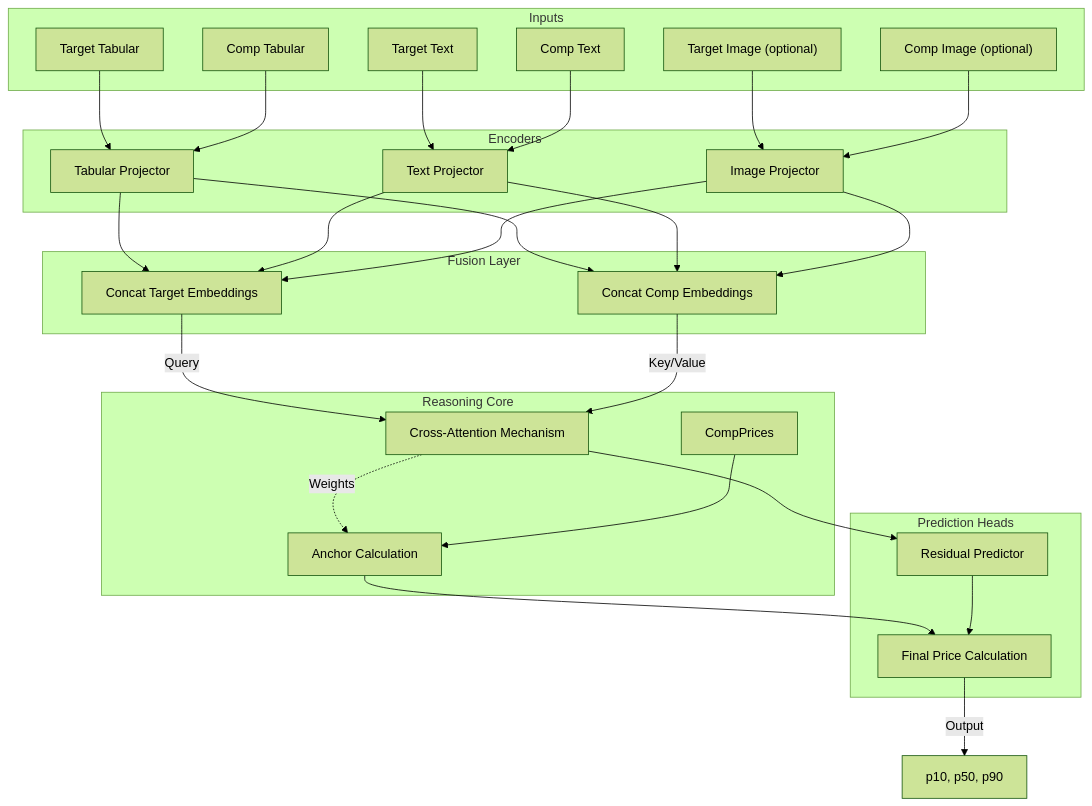
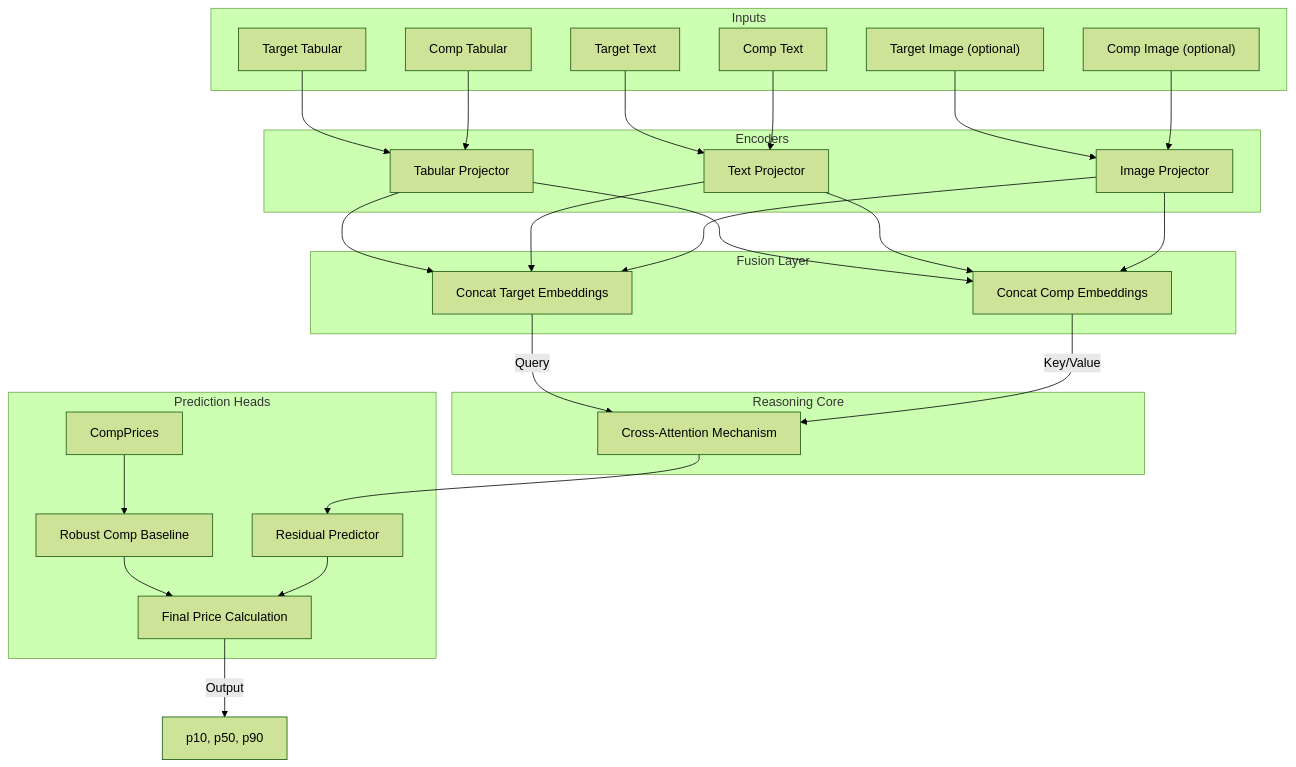
Before and after one commit to Nirtzur0/PropertyScanner: the diagram in docs/03_model_architecture.md, drawn with Mermaid (forest theme). The commit also changed other lines of this file and 12 other files, not shown here.

````diff
--- a/docs/03_model_architecture.md
+++ b/docs/03_model_architecture.md
@@ -7,53 +7,51 @@
 ```mermaid
 graph TD
     subgraph "Inputs"
         T_Tab["Target Tabular"]
         T_Txt["Target Text"]
         T_Img["Target Image (optional)"]
         C_Tab["Comp Tabular"]
         C_Txt["Comp Text"]
         C_Img["Comp Image (optional)"]
     end
 
     subgraph "Encoders"
         MLP1["Tabular Projector"]
         MLP2["Text Projector"]
         MLP3["Image Projector"]
     end
 
     T_Tab --> MLP1
     T_Txt --> MLP2
     T_Img --> MLP3
     C_Tab --> MLP1
     C_Txt --> MLP2
     C_Img --> MLP3
 
     subgraph "Fusion Layer"
         Concat_T["Concat Target Embeddings"]
         Concat_C["Concat Comp Embeddings"]
     end
 
     MLP1 & MLP2 & MLP3 --> Concat_T
     MLP1 & MLP2 & MLP3 --> Concat_C
 
     subgraph "Reasoning Core"
         Attn["Cross-Attention Mechanism"]
         Concat_T -->|Query| Attn
         Concat_C -->|"Key/Value"| Attn
-        
-        Anchor["Anchor Calculation"]
-        Attn -.->|Weights| Anchor
-        CompPrices --> Anchor
     end
 
     subgraph "Prediction Heads"
         Res["Residual Predictor"]
         Attn --> Res
         
         Final["Final Price Calculation"]
-        Anchor --> Final
+        Baseline["Robust Comp Baseline"]
+        CompPrices --> Baseline
+        Baseline --> Final
         Res --> Final
     end
 
     Final -->|Output| Quantiles["p10, p50, p90"]
 ```
````
